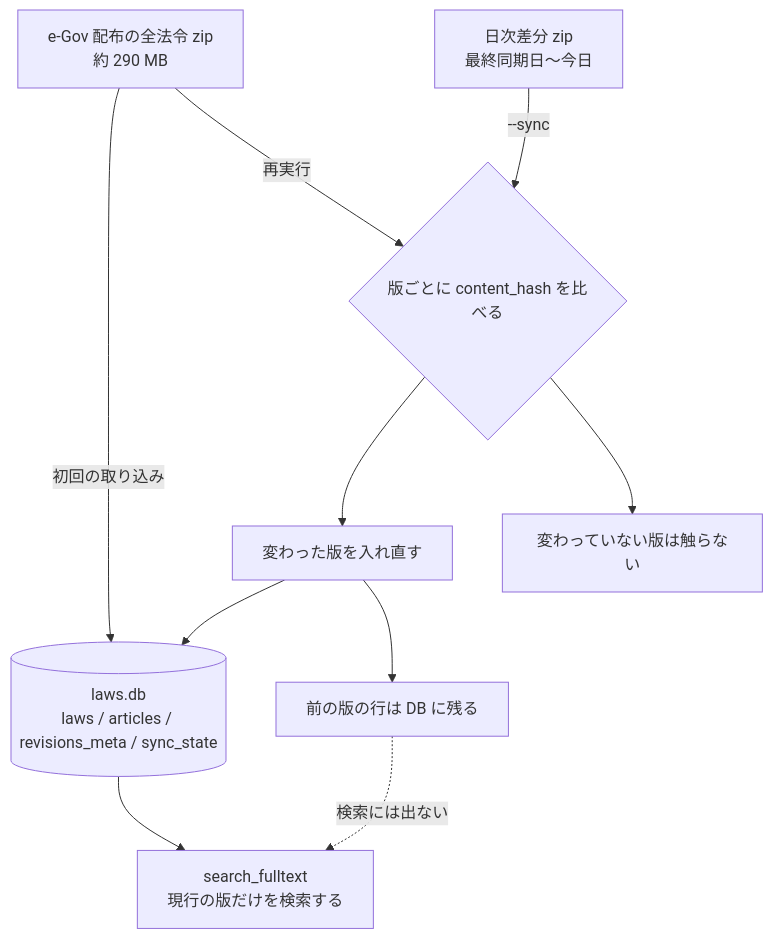
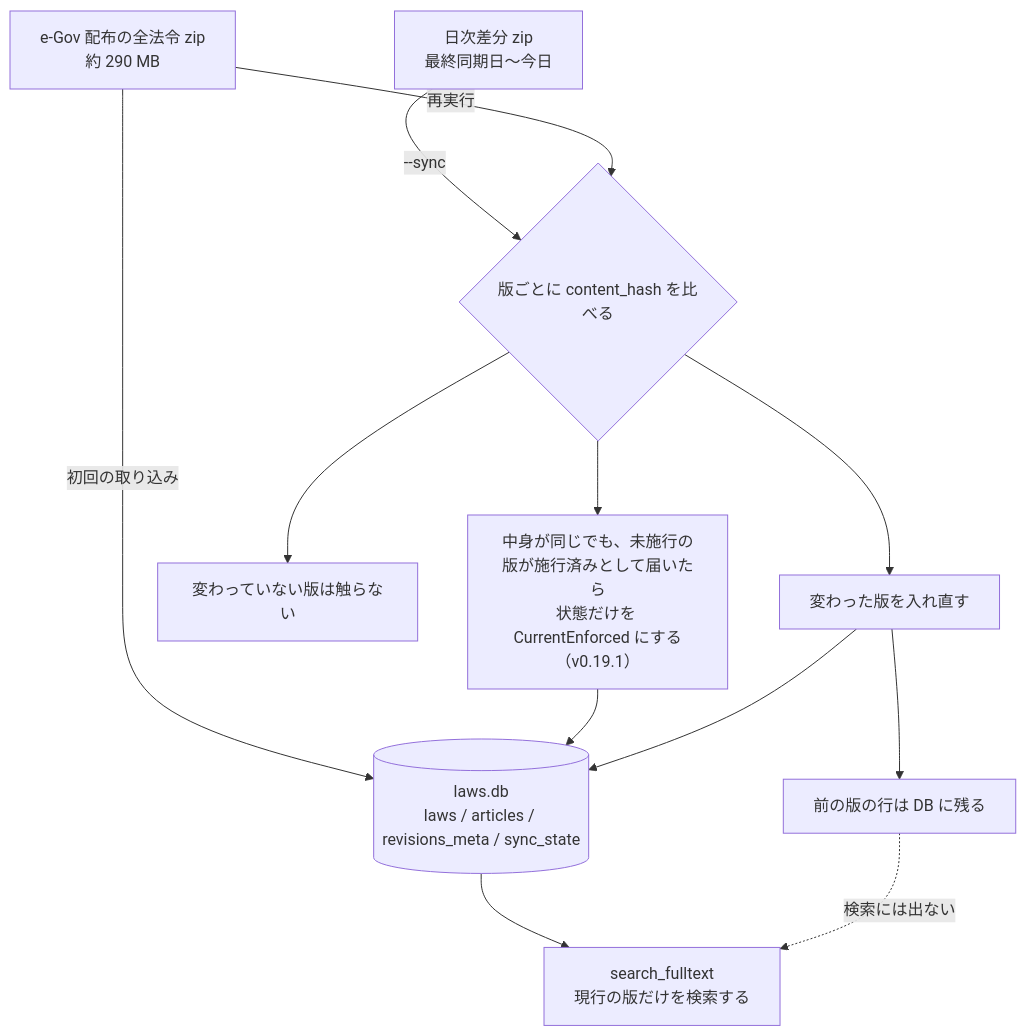
Before and after one commit to shuji-bonji/houki-hub: the diagram in site/docs/mcp/houki-egov.md, drawn with Mermaid. The commit also changed other lines of this file, not shown here.

````diff
--- a/site/docs/mcp/houki-egov.md
+++ b/site/docs/mcp/houki-egov.md
@@ -89,21 +90,24 @@
 ```mermaid
 flowchart TB
   Z["e-Gov 配布の全法令 zip<br/>約 290 MB"]
   D["日次差分 zip<br/>最終同期日〜今日"]
   DB[("laws.db<br/>laws / articles / revisions_meta / sync_state")]
   S["search_fulltext<br/>現行の版だけを検索する"]
   H{"版ごとに content_hash を比べる"}
   U["変わった版を入れ直す"]
   K["変わっていない版は触らない"]
+  P["中身が同じでも、未施行の版が施行済みとして届いたら<br/>状態だけを CurrentEnforced にする（v0.19.1）"]
   O["前の版の行は DB に残る"]
 
   Z -->|初回の取り込み| DB
   DB --> S
   D -->|--sync| H
   Z -->|再実行| H
   H --> U
   H --> K
+  H --> P
+  P --> DB
   U --> DB
   U --> O
   O -.->|検索には出ない| S
 ```
````
